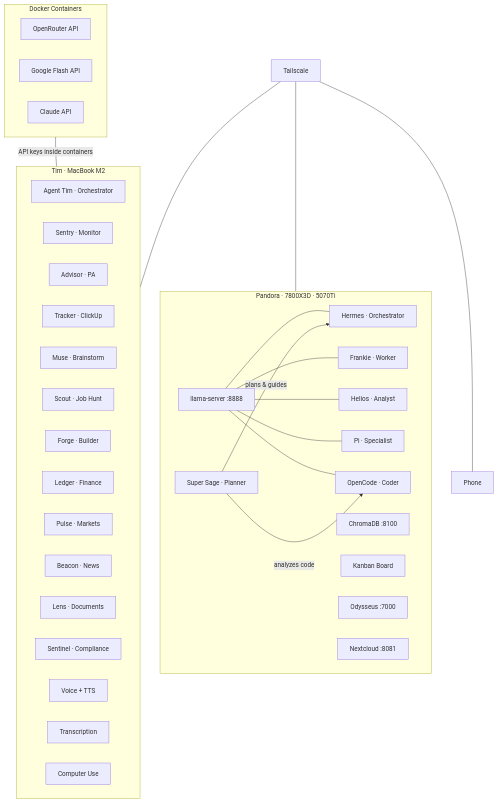
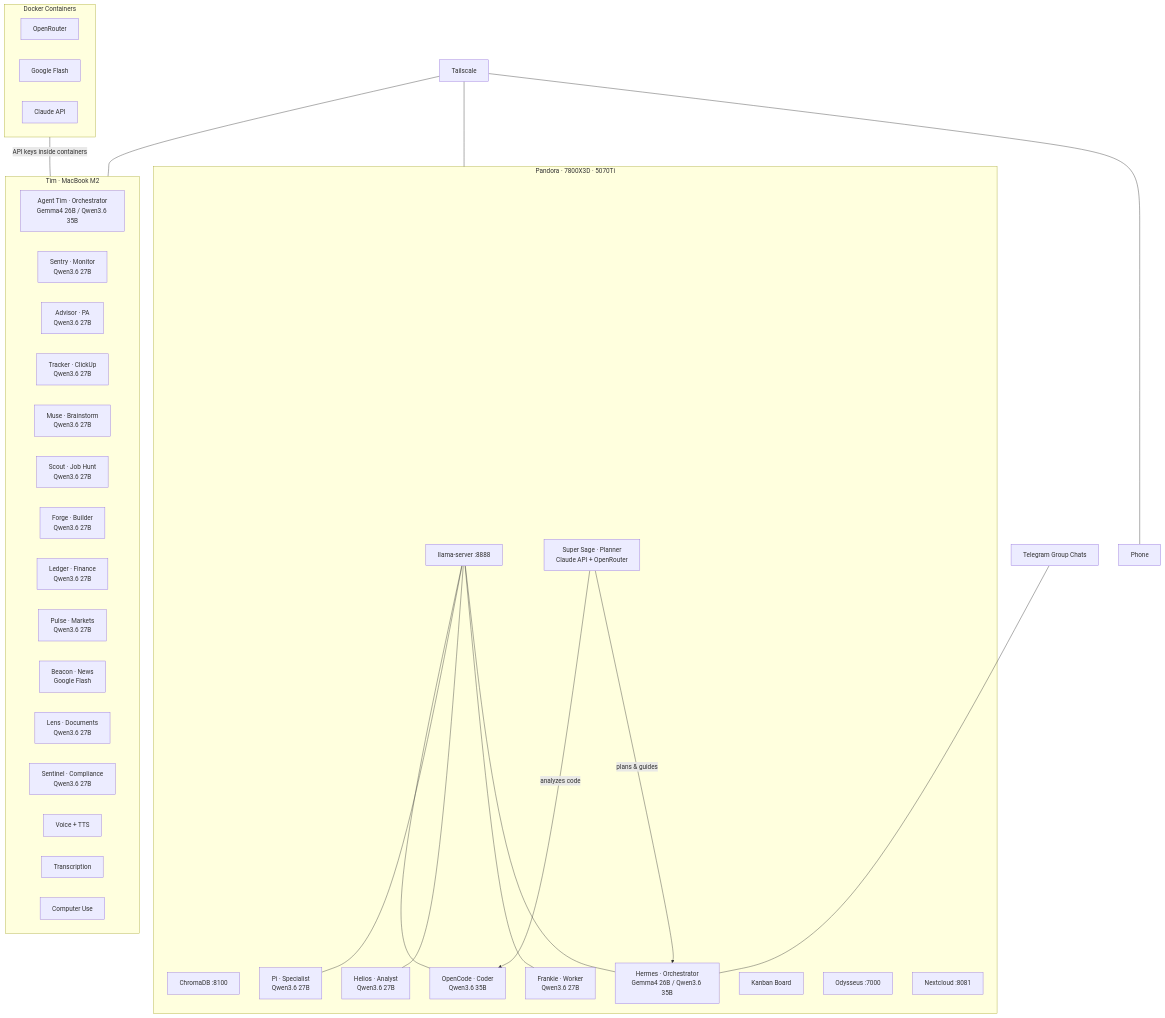
One commit to stopabidi/ai-architecture changed the diagram in JOURNEY.md. Above: the diagram before and after it, drawn with Mermaid. The commit also changed other lines of this file and 3 other files, not shown here.

First line of the commit message:
Update inference split, add Telegram group chats, model specifics

````diff
--- a/JOURNEY.md
+++ b/JOURNEY.md
@@ -166,49 +173,50 @@
 ```mermaid
 graph TB
     subgraph P[Pandora · 7800X3D · 5070Ti]
         LLM[llama-server :8888]
         VEC[ChromaDB :8100]
-        H[Hermes · Orchestrator]
-        F[Frankie · Worker]
-        HE[Helios · Analyst]
-        PI[Pi · Specialist]
-        OC[OpenCode · Coder]
-        SS[Super Sage · Planner]
+        H[Hermes · Orchestrator<br>Gemma4 26B / Qwen3.6 35B]
+        F[Frankie · Worker<br>Qwen3.6 27B]
+        HE[Helios · Analyst<br>Qwen3.6 27B]
+        PI[Pi · Specialist<br>Qwen3.6 27B]
+        OC[OpenCode · Coder<br>Qwen3.6 35B]
+        SS[Super Sage · Planner<br>Claude API + OpenRouter]
         KB[Kanban Board]
         OD[Odysseus :7000]
         NC[Nextcloud :8081]
     end
     subgraph T[Tim · MacBook M2]
-        AT[Agent Tim · Orchestrator]
-        SN[Sentry · Monitor]
-        AD[Advisor · PA]
-        TK[Tracker · ClickUp]
-        MU[Muse · Brainstorm]
-        SC[Scout · Job Hunt]
-        FO[Forge · Builder]
-        LG[Ledger · Finance]
-        PL[Pulse · Markets]
-        BC[Beacon · News]
-        LN[Lens · Documents]
-        SE[Sentinel · Compliance]
+        AT[Agent Tim · Orchestrator<br>Gemma4 26B / Qwen3.6 35B]
+        SN[Sentry · Monitor<br>Qwen3.6 27B]
+        AD[Advisor · PA<br>Qwen3.6 27B]
+        TK[Tracker · ClickUp<br>Qwen3.6 27B]
+        MU[Muse · Brainstorm<br>Qwen3.6 27B]
+        SC[Scout · Job Hunt<br>Qwen3.6 27B]
+        FO[Forge · Builder<br>Qwen3.6 27B]
+        LG[Ledger · Finance<br>Qwen3.6 27B]
+        PL[Pulse · Markets<br>Qwen3.6 27B]
+        BC[Beacon · News<br>Google Flash]
+        LN[Lens · Documents<br>Qwen3.6 27B]
+        SE[Sentinel · Compliance<br>Qwen3.6 27B]
         VO[Voice + TTS]
         TR[Transcription]
         CU[Computer Use]
     end
     subgraph D[Docker Containers]
-        OR[OpenRouter API]
-        GF[Google Flash API]
+        OR[OpenRouter]
+        GF[Google Flash]
         CA[Claude API]
     end
+    TG[Telegram Group Chats] --- H
     TS[Tailscale] --- P
     TS --- T
     TS --- Phone
     LLM --- H
     LLM --- F
     LLM --- HE
     LLM --- PI
     LLM --- OC
     SS -->|plans & guides| H
     SS -->|analyzes code| OC
     D ---|API keys inside containers| T
 ```
````
